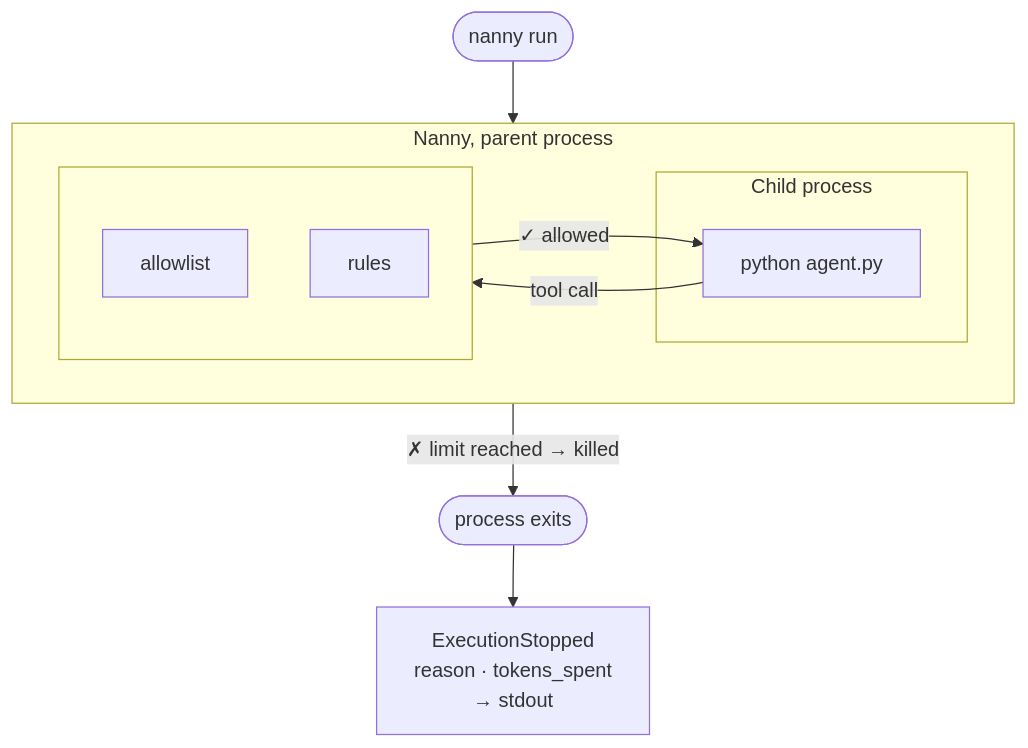
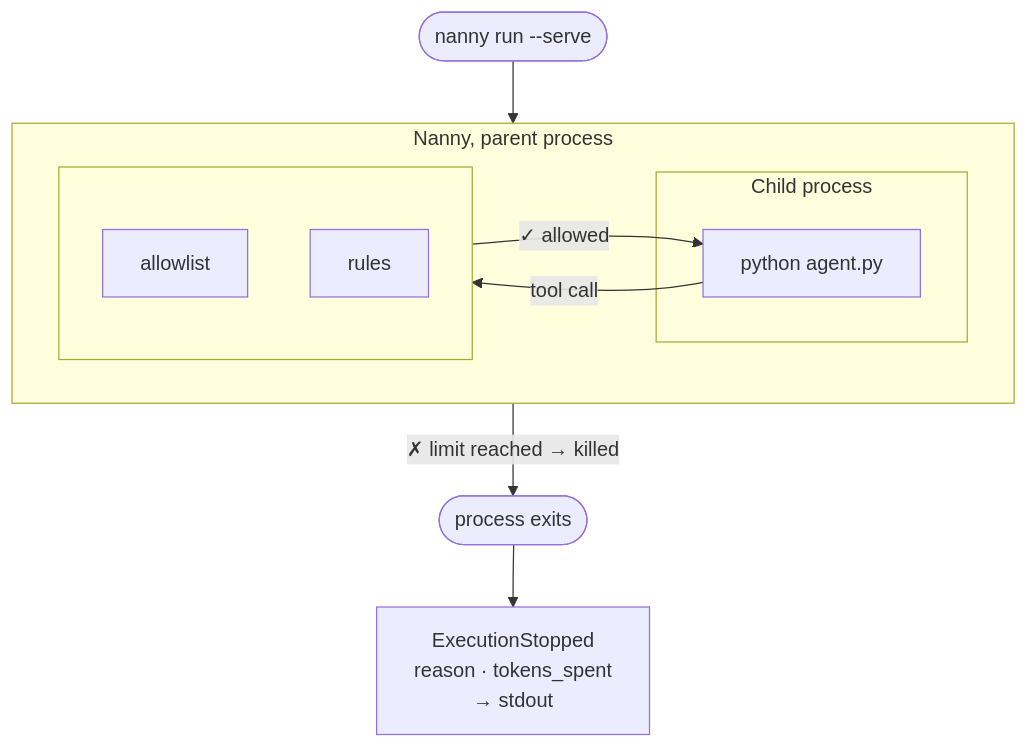
One commit to nanny-run/nanny changed the diagram in README.md. Above: the diagram before and after it, drawn with Mermaid. The commit also changed other lines of this file and 14 other files, not shown here.

````diff
--- a/README.md
+++ b/README.md
@@ -49,25 +49,25 @@
 ```mermaid
 flowchart TD
-    CMD(["nanny run"])
+    CMD(["nanny run --serve"])
     CMD --> NANNY
 
     subgraph NANNY["Nanny, parent process"]
         direction LR
 
         subgraph CHILD["Child process"]
             AGENT["python agent.py"]
         end
 
         subgraph ENFORCE[" "]
             direction TB
             ALLOW["allowlist"]
             RULES["rules"]
         end
 
         AGENT -- "tool call" --> ENFORCE
         ENFORCE -- "✓  allowed" --> AGENT
     end
 
     ENFORCE -- "✗  limit reached → killed" --> DEAD(["process exits"])
     DEAD --> LOG["ExecutionStopped\nreason · tokens_spent\n→ stdout"]
 ```
````
